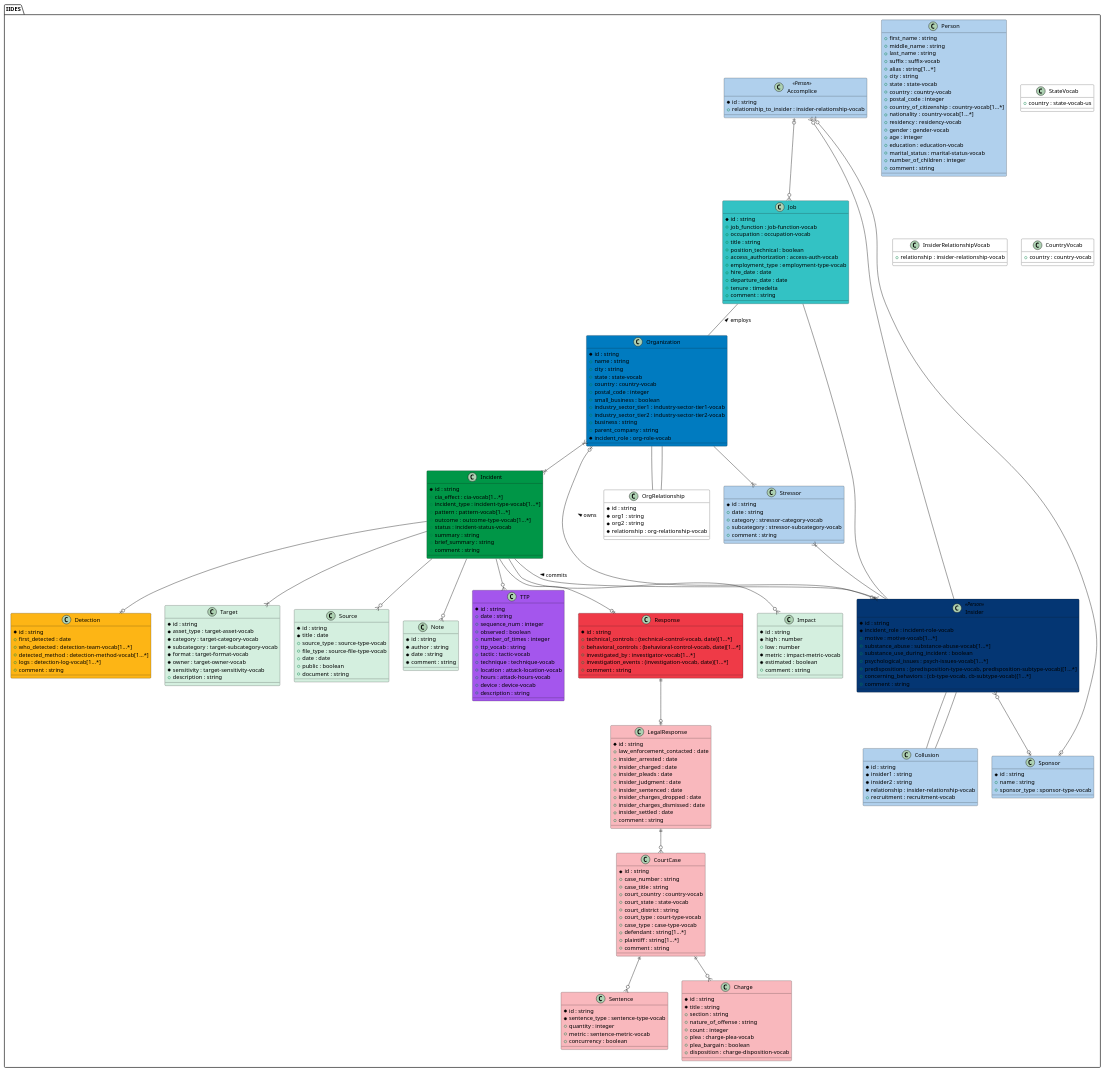
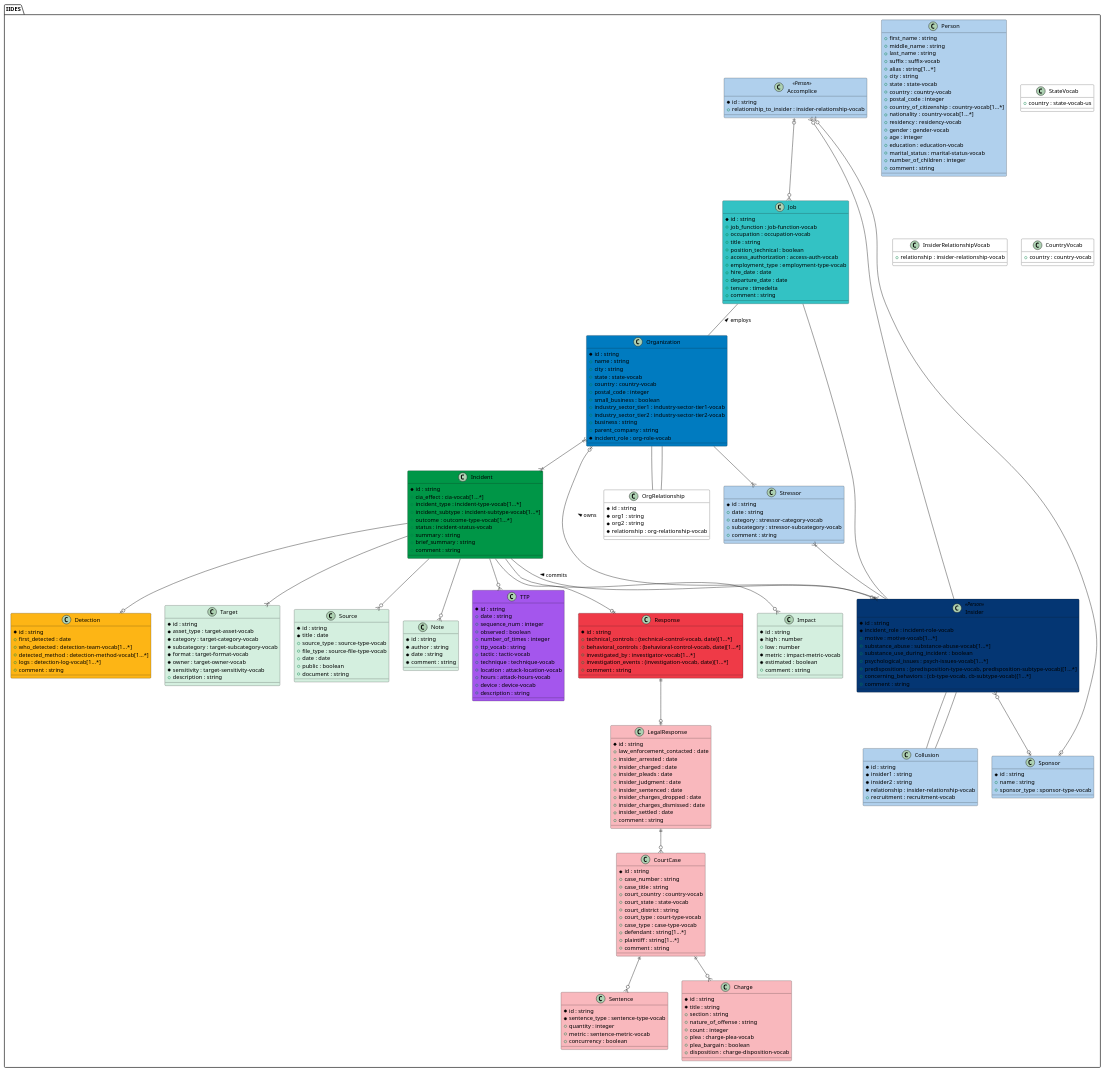
One commit to cmu-sei/iides changed the diagram in UML/source/iides.wsd. Above: the diagram before and after it, drawn with PlantUML. The commit also changed 3 other files, not shown here.

Commit message:
Change incident pattern to subtype

```diff
--- a/UML/source/iides.wsd
+++ b/UML/source/iides.wsd
@@ -32,7 +32,7 @@
 	* id : string 
 	+ cia_effect : cia-vocab[1...*] 
 	+ incident_type : incident-type-vocab[1...*] 
-	+ pattern : pattern-vocab[1...*] 
+	+ incident_subtype : incident-subtype-vocab[1...*] 
 	+ outcome : outcome-type-vocab[1...*] 
 	+ status : incident-status-vocab 
 	+ summary : string 
```
